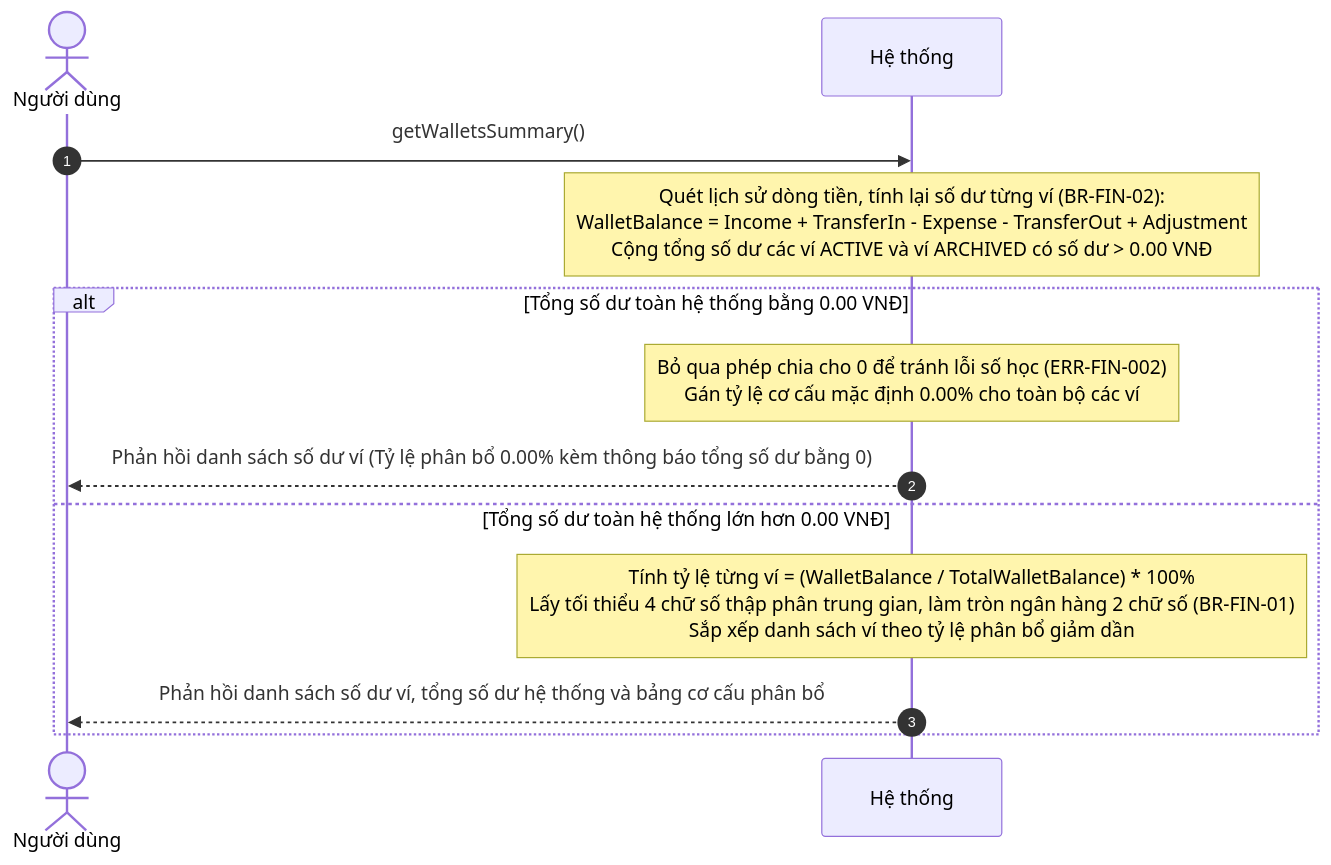
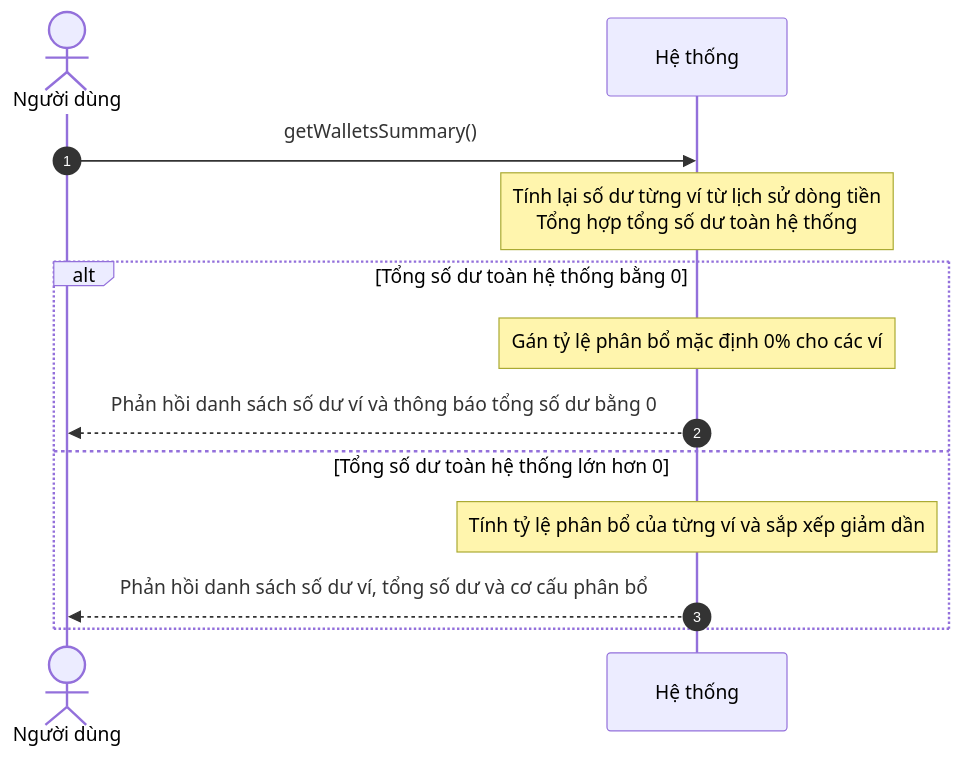
Before and after one commit to mynhleeh/pfms-oop: the second of 20 diagrams in docs/object-oriented-analysis/03-so-do-tuan-tu-he-thong-ssd.md, drawn with Mermaid. The commit also changed other lines of this file and 3 other files, not shown here.

Commit message:
docs(ood): 03 04 05 06 - fix the rule and errror notation - fix the diagrams

````diff
--- a/docs/object-oriented-analysis/03-so-do-tuan-tu-he-thong-ssd.md
+++ b/docs/object-oriented-analysis/03-so-do-tuan-tu-he-thong-ssd.md
@@ -85,16 +85,16 @@
 ```mermaid
 sequenceDiagram
     autonumber
     actor User as Người dùng
     participant System as Hệ thống
 
     User->>System: getWalletsSummary()
-    Note over System: Quét lịch sử dòng tiền, tính lại số dư từng ví (BR-FIN-02):<br/>WalletBalance = Income + TransferIn - Expense - TransferOut + Adjustment<br/>Cộng tổng số dư các ví ACTIVE và ví ARCHIVED có số dư > 0.00 VNĐ
-    alt Tổng số dư toàn hệ thống bằng 0.00 VNĐ
-        Note over System: Bỏ qua phép chia cho 0 để tránh lỗi số học (ERR-FIN-002)<br/>Gán tỷ lệ cơ cấu mặc định 0.00% cho toàn bộ các ví
-        System-->>User: Phản hồi danh sách số dư ví (Tỷ lệ phân bổ 0.00% kèm thông báo tổng số dư bằng 0)
-    else Tổng số dư toàn hệ thống lớn hơn 0.00 VNĐ
-        Note over System: Tính tỷ lệ từng ví = (WalletBalance / TotalWalletBalance) * 100%<br/>Lấy tối thiểu 4 chữ số thập phân trung gian, làm tròn ngân hàng 2 chữ số (BR-FIN-01)<br/>Sắp xếp danh sách ví theo tỷ lệ phân bổ giảm dần
-        System-->>User: Phản hồi danh sách số dư ví, tổng số dư hệ thống và bảng cơ cấu phân bổ
+    Note over System: Tính lại số dư từng ví từ lịch sử dòng tiền<br/>Tổng hợp tổng số dư toàn hệ thống
+    alt Tổng số dư toàn hệ thống bằng 0
+        Note over System: Gán tỷ lệ phân bổ mặc định 0% cho các ví
+        System-->>User: Phản hồi danh sách số dư ví và thông báo tổng số dư bằng 0
+    else Tổng số dư toàn hệ thống lớn hơn 0
+        Note over System: Tính tỷ lệ phân bổ của từng ví và sắp xếp giảm dần
+        System-->>User: Phản hồi danh sách số dư ví, tổng số dư và cơ cấu phân bổ
     end
 ```
````
